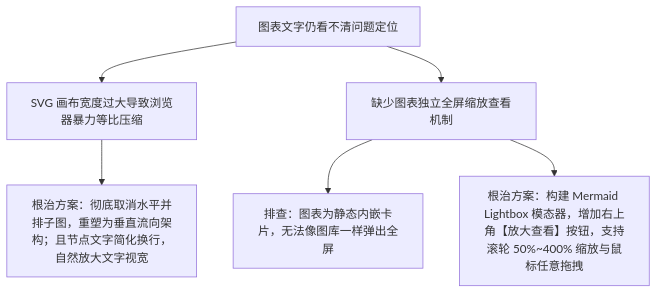
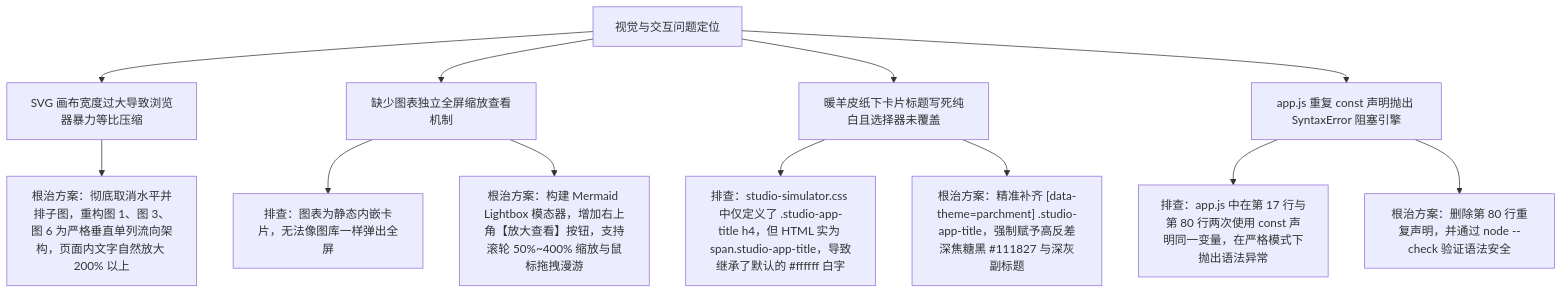
Before and after one commit to zoufudun/SmileCodeIDE: the diagram in docs/技术文档Mermaid高清矢量图表大字号垂直矩阵重构与全屏缩放模态器上线.md, drawn with Mermaid. The commit also changed other lines of this file and 4 other files, not shown here.

Commit message:
fix(website): 修复app.js语法错误与暖羊皮纸卡片标题隐形，全垂直重构Mermaid图表并升级v2.3.4

````diff
--- a/docs/技术文档Mermaid高清矢量图表大字号垂直矩阵重构与全屏缩放模态器上线.md
+++ b/docs/技术文档Mermaid高清矢量图表大字号垂直矩阵重构与全屏缩放模态器上线.md
@@ -17,10 +21,16 @@
 ```mermaid
 flowchart TD
-    A["图表文字仍看不清问题定位"] --> B["SVG 画布宽度过大导致浏览器暴力等比压缩"]
+    A["视觉与交互问题定位"] --> B["SVG 画布宽度过大导致浏览器暴力等比压缩"]
     A --> C["缺少图表独立全屏缩放查看机制"]
+    A --> D["暖羊皮纸下卡片标题写死纯白且选择器未覆盖"]
+    A --> E["app.js 重复 const 声明抛出 SyntaxError 阻塞引擎"]
 
     B --> B1["排查：Mermaid 子图即使声明 direction TB，未连线的多个子图仍横向并排；整体宽度达到容器 3 倍以上"]
-    B --> B2["根治方案：彻底取消水平并排子图，重塑为垂直流向架构；且节点文字简化换行，自然放大文字视宽"]
+    B --> B2["根治方案：彻底取消水平并排子图，重构图 1、图 3、图 6 为严格垂直单列流向架构，页面内文字自然放大 200% 以上"]
     C --> C1["排查：图表为静态内嵌卡片，无法像图库一样弹出全屏"]
-    C --> C2["根治方案：构建 Mermaid Lightbox 模态器，增加右上角【放大查看】按钮，支持滚轮 50%~400% 缩放与鼠标任意拖拽"]
+    C --> C2["根治方案：构建 Mermaid Lightbox 模态器，增加右上角【放大查看】按钮，支持滚轮 50%~400% 缩放与鼠标拖拽漫游"]
+    D --> D1["排查：studio-simulator.css 中仅定义了 .studio-app-title h4，但 HTML 实为 span.studio-app-title，导致继承了默认的 #ffffff 白字"]
+    D --> D2["根治方案：精准补齐 [data-theme=parchment] .studio-app-title，强制赋予高反差深焦糖黑 #111827 与深灰副标题"]
+    E --> E1["排查：app.js 中在第 17 行与第 80 行两次使用 const 声明同一变量，在严格模式下抛出语法异常"]
+    E --> E2["根治方案：删除第 80 行重复声明，并通过 node --check 验证语法安全"]
 ```
````
